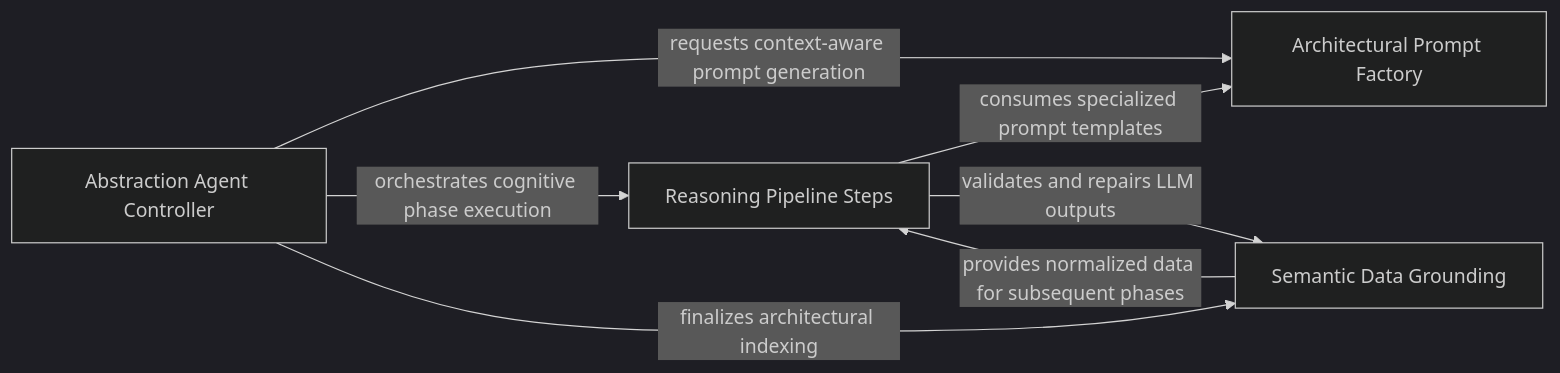
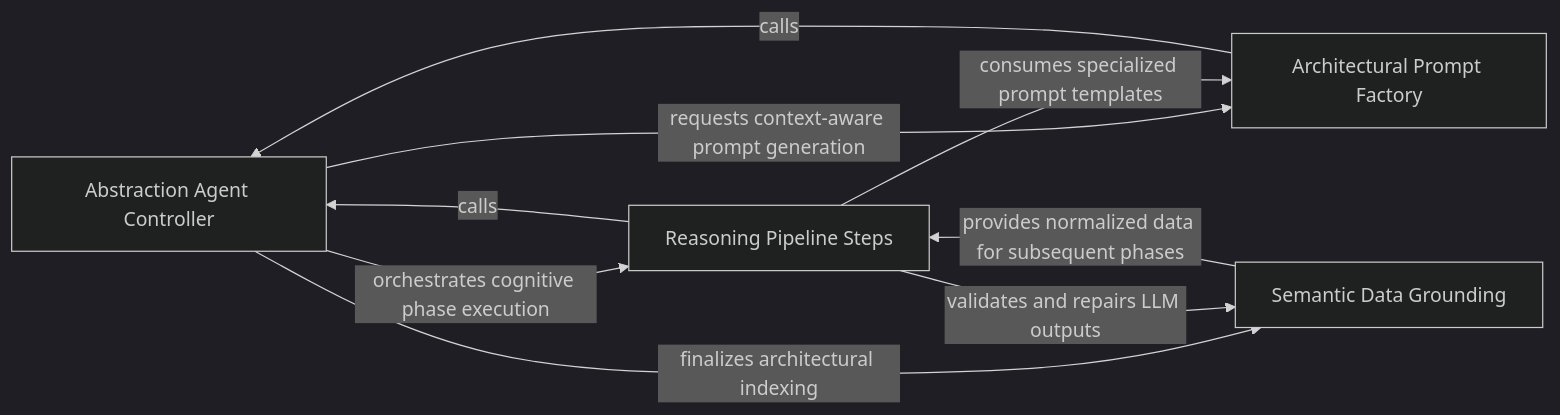
One commit to CodeBoarding/CodeBoarding changed the diagram in .codeboarding/Architectural_Reasoning_Engine.md. Above: the diagram before and after it, drawn with Mermaid (dark theme). The commit also changed other lines of this file and 62 other files, not shown here.

Commit message:
chore(codeboarding): sync architecture baseline

````diff
--- a/.codeboarding/Architectural_Reasoning_Engine.md
+++ b/.codeboarding/Architectural_Reasoning_Engine.md
@@ -1,13 +1,15 @@
 ```mermaid
 graph LR
     Abstraction_Agent_Controller["Abstraction Agent Controller"]
     Architectural_Prompt_Factory["Architectural Prompt Factory"]
     Reasoning_Pipeline_Steps["Reasoning Pipeline Steps"]
     Semantic_Data_Grounding["Semantic Data Grounding"]
     Abstraction_Agent_Controller -- "requests context-aware prompt generation" --> Architectural_Prompt_Factory
     Abstraction_Agent_Controller -- "orchestrates cognitive phase execution" --> Reasoning_Pipeline_Steps
     Abstraction_Agent_Controller -- "finalizes architectural indexing" --> Semantic_Data_Grounding
+    Architectural_Prompt_Factory -- "calls" --> Abstraction_Agent_Controller
+    Reasoning_Pipeline_Steps -- "calls" --> Abstraction_Agent_Controller
     Reasoning_Pipeline_Steps -- "consumes specialized prompt templates" --> Architectural_Prompt_Factory
     Reasoning_Pipeline_Steps -- "validates and repairs LLM outputs" --> Semantic_Data_Grounding
     Semantic_Data_Grounding -- "provides normalized data for subsequent phases" --> Reasoning_Pipeline_Steps
 ```
````
